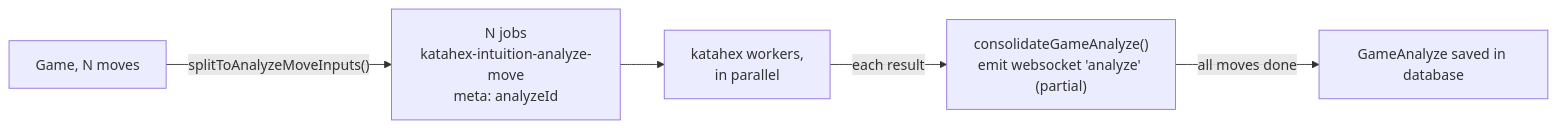
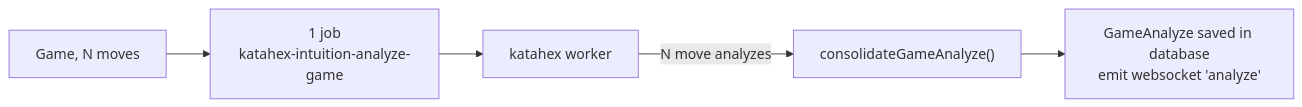
One commit to playhex/playhex changed the fourth of 5 diagrams in docs/ai-jobs.md. Above: the diagram before and after it, drawn with Mermaid. The commit also changed other lines of this file and 10 other files, not shown here.

Commit message:
optimize game moves evaluation by intuition, in a single batch

````diff
--- a/docs/ai-jobs.md
+++ b/docs/ai-jobs.md
@@ -144,7 +144,7 @@
 ```mermaid
 flowchart LR
-    game["Game, N moves"] -- "splitToAnalyzeMoveInputs()" --> jobs["N jobs<br>katahex-intuition-analyze-move<br>meta: analyzeId"]
-    jobs --> workers["katahex workers,<br>in parallel"]
-    workers -- "each result" --> progress["consolidateGameAnalyze()<br>emit websocket 'analyze' (partial)"]
-    progress -- "all moves done" --> db["GameAnalyze saved in database"]
+    game["Game, N moves"] --> job["1 job<br>katahex-intuition-analyze-game"]
+    job --> worker["katahex worker"]
+    worker -- "N move analyzes" --> consolidate["consolidateGameAnalyze()"]
+    consolidate --> db["GameAnalyze saved in database<br>emit websocket 'analyze'"]
 ```
````
